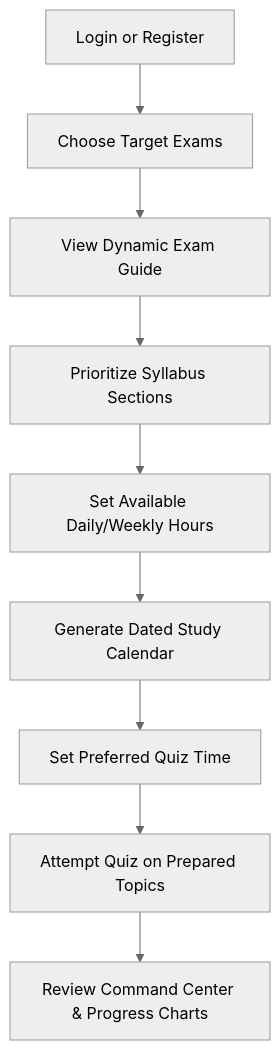
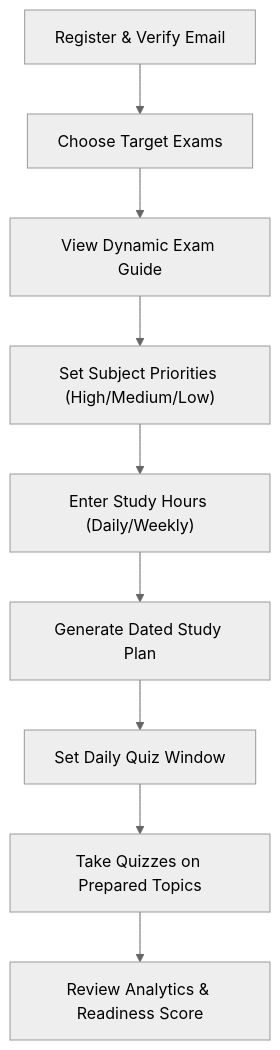
One commit to samakshrastogi/SK-Quiz changed the second of 9 diagrams in README.md. Above: the diagram before and after it, drawn with Mermaid (neutral theme). The commit also changed other lines of this file, not shown here.

````diff
--- a/README.md
+++ b/README.md
@@ -64,11 +64,11 @@
 ```mermaid
 flowchart TD
-  Login["Login or Register"] --> Exam["Choose Target Exams"]
-  Exam --> Guide["View Dynamic Exam Guide"]
-  Guide --> Priority["Prioritize Syllabus Sections"]
-  Priority --> Time["Set Available Daily/Weekly Hours"]
-  Time --> Plan["Generate Dated Study Calendar"]
-  Plan --> Schedule["Set Preferred Quiz Time"]
-  Schedule --> Quiz["Attempt Quiz on Prepared Topics"]
-  Quiz --> Profile["Review Command Center & Progress Charts"]
+  Register["Register & Verify Email"] --> SelectExam["Choose Target Exams"]
+  SelectExam --> ViewGuide["View Dynamic Exam Guide"]
+  ViewGuide --> Prioritize["Set Subject Priorities (High/Medium/Low)"]
+  Prioritize --> SetupTime["Enter Study Hours (Daily/Weekly)"]
+  SetupTime --> GetPlan["Generate Dated Study Plan"]
+  GetPlan --> QuizTime["Set Daily Quiz Window"]
+  QuizTime --> TakeQuiz["Take Quizzes on Prepared Topics"]
+  TakeQuiz --> ReviewProgress["Review Analytics & Readiness Score"]
 ```
````
